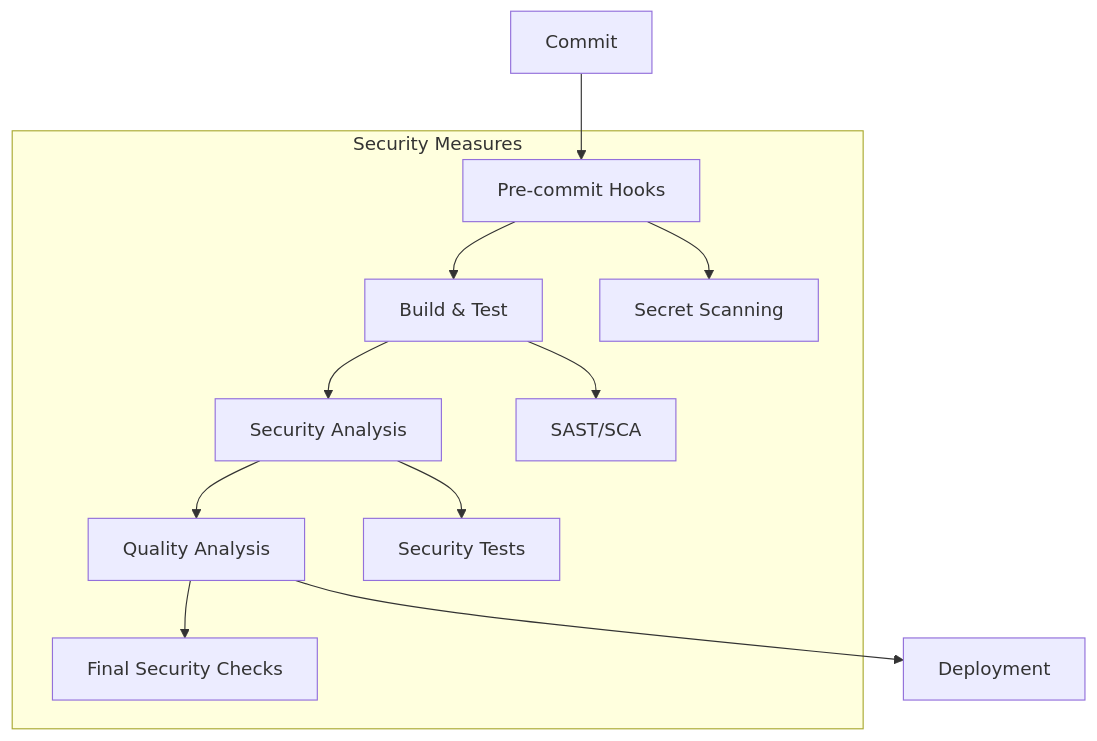
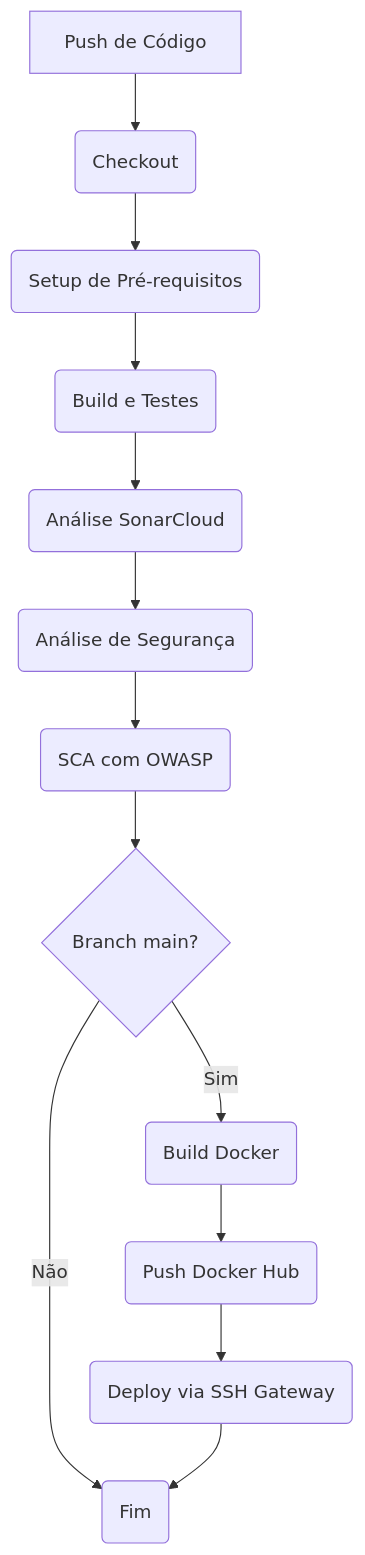
The diagram in Deliverables/Fase2 Sprint1/README.md (SecProjects2025/desofs2025_wed_ffs_3), drawn with Mermaid before and after one commit. The commit also changed other lines of this file and 17 other files, not shown here.

````diff
--- a/Deliverables/Fase2 Sprint1/README.md
+++ b/Deliverables/Fase2 Sprint1/README.md
@@ -1311,15 +1516,15 @@
 ```mermaid
 graph TD
-    A[Commit] --> B[Pre-commit Hooks]
-    B --> C[Build & Test]
-    C --> D[Security Analysis]
-    D --> E[Quality Analysis]
-    E --> F[Deployment]
-    
-    subgraph "Security Measures"
-        B --> G[Secret Scanning]
-        C --> H[SAST/SCA]
-        D --> I[Security Tests]
-        E --> J[Final Security Checks]
-    end
+    A[Push de Código] --> B(Checkout)
+     B --> C(Setup de Pré-requisitos)
+    C --> D(Build e Testes)
+    D --> E(Análise SonarCloud)
+    E --> F(Análise de Segurança)
+    F --> G(SCA com OWASP)
+    G --> H{Branch main?}
+    H -->|Sim| I(Build Docker)
+    I --> J(Push Docker Hub)
+    J --> K(Deploy via SSH Gateway)
+    H -->|Não| L(Fim)
+    K --> L
 ```
````
